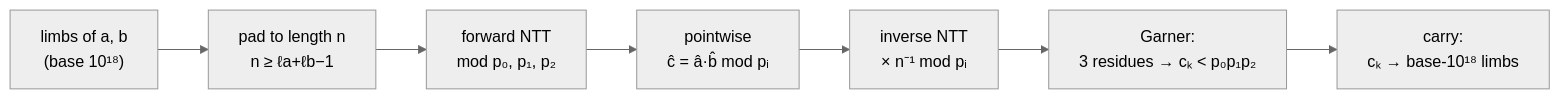
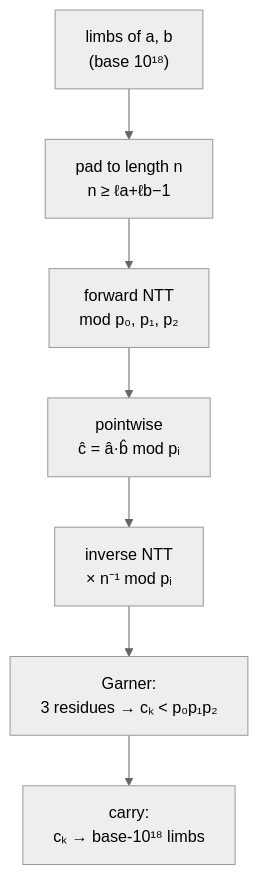
Before and after one commit to cecoppola/ntt: the second of 2 diagrams in docs/PAPER.md, drawn with Mermaid (neutral theme). The commit also changed other lines of this file and 9 other files, not shown here.

````diff
--- a/docs/PAPER.md
+++ b/docs/PAPER.md
@@ -201,9 +201,9 @@
 ```mermaid
-flowchart LR
+flowchart TB
   L["limbs of a, b<br/>(base 10¹⁸)"] --> Z["pad to length n<br/>n ≥ ℓa+ℓb−1"]
   Z --> F0["forward NTT<br/>mod p₀, p₁, p₂"]
   F0 --> PW["pointwise<br/>ĉ = â·b̂ mod pᵢ"]
   PW --> I0["inverse NTT<br/>× n⁻¹ mod pᵢ"]
   I0 --> G["Garner:<br/>3 residues → cₖ < p₀p₁p₂"]
   G --> C["carry:<br/>cₖ → base-10¹⁸ limbs"]
 ```
````
